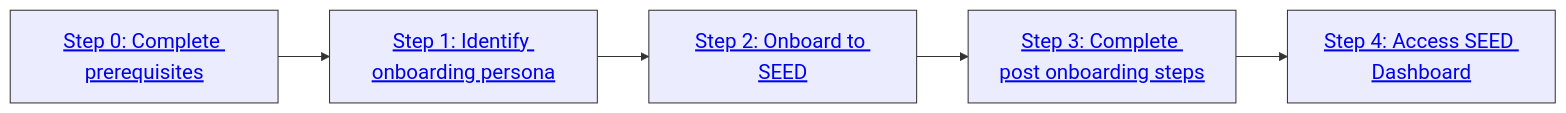
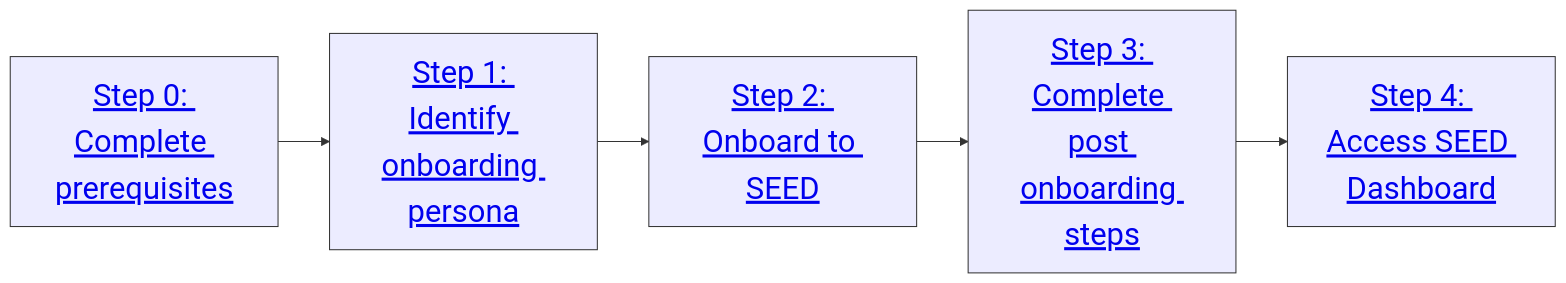
Before and after one commit to GovTechSG/seed-primer-documentation: the second of 2 diagrams in getting-started.md, drawn with Mermaid.

````diff
--- a/getting-started.md
+++ b/getting-started.md
@@ -20,21 +20,21 @@
 ```mermaid
-%%{init: {'theme': 'default','themeVariables': { 'fontSize': '20px' }}}%%
+%%{init: {'theme': 'default','themeVariables': { 'fontSize': '30px' }}}%%
 graph LR
     A["<a href='https://docs.developer.tech.gov.sg/docs/staging-seed-primer/getting-started?id=step-0-ensure-you-meet-the-required-prerequisites'>Step 0: Complete prerequisites</a>"]
     B["<a href='https://docs.developer.tech.gov.sg/docs/staging-seed-primer/getting-started?id=step-1-identify-your-onboarding-persona'>Step 1: Identify onboarding persona</a>"]
     C["<a href='https://docs.developer.tech.gov.sg/docs/staging-seed-primer/getting-started?id=step-2-onboard-device-to-seed'>Step 2: Onboard to SEED</a>"]
     D["<a href='https://docs.developer.tech.gov.sg/docs/staging-seed-primer/post-onboarding-steps'>Step 3: Complete post onboarding steps</a>"]
     E["<a href='https://docs.developer.tech.gov.sg/docs/staging-seed-primer/dashboard'>Step 4: Access SEED Dashboard</a>"]
 
     style A  stroke:#333, max-width: 1000px
     style B  stroke:#333, max-width: 1000px
     style C  stroke:#333, max-width: 1000px
     style D  stroke:#333, max-width: 1000px
     style E  stroke:#333, max-width: 1000px
     
     A --> B
     B --> C
     C --> D
     D --> E
 
 ```
````
